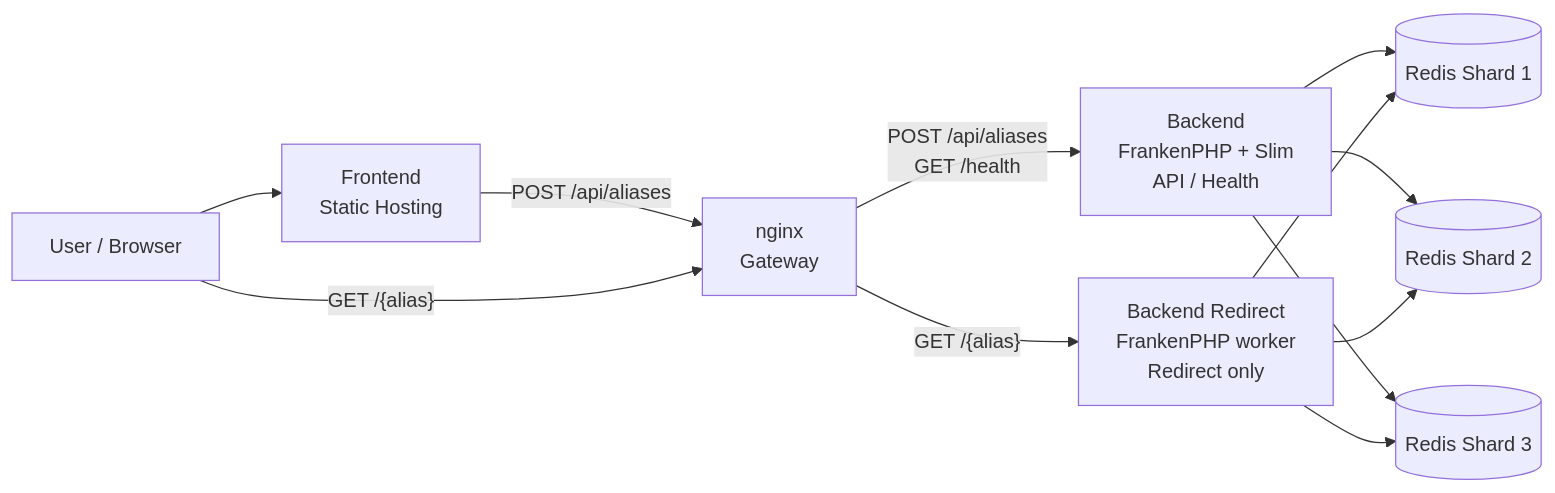
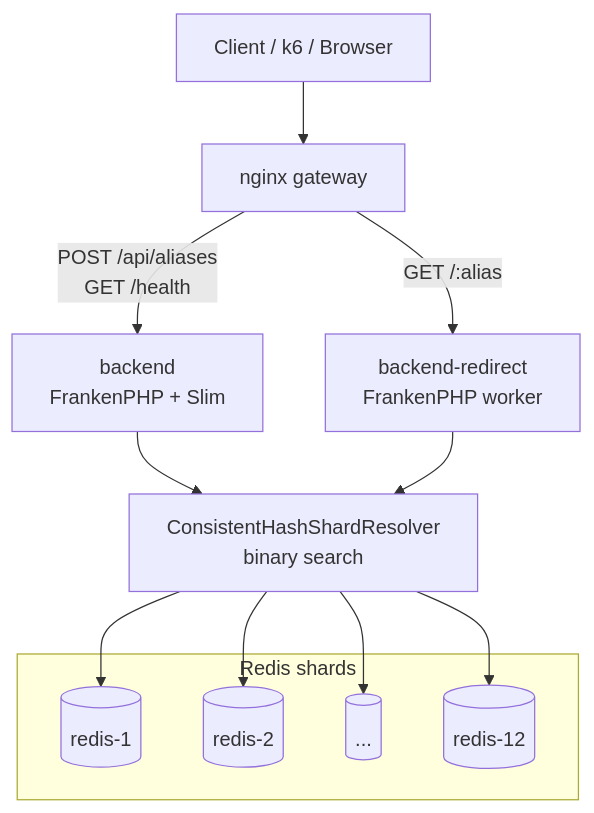
Before and after one commit to sumiredc/alias-url: the first of 7 diagrams in variants/distributed/ARCHITECTURE.md, drawn with Mermaid. The commit also changed other lines of this file and 12 other files, not shown here.

````diff
--- a/variants/distributed/ARCHITECTURE.md
+++ b/variants/distributed/ARCHITECTURE.md
@@ -19,27 +7,25 @@
 ```mermaid
-flowchart LR
-    user[User / Browser]
-    frontend[Frontend<br/>Static Hosting]
-    lb[nginx<br/>Gateway]
+flowchart TB
+    client[Client / k6 / Browser]
+    gateway[nginx gateway]
+    api[backend<br/>FrankenPHP + Slim]
+    redirect[backend-redirect<br/>FrankenPHP worker]
+    resolver[ConsistentHashShardResolver<br/>binary search]
 
-    backend[Backend<br/>FrankenPHP + Slim<br/>API / Health]
-    redirectBackend[Backend Redirect<br/>FrankenPHP worker<br/>Redirect only]
+    subgraph redis[Redis shards]
+        r1[(redis-1)]
+        r2[(redis-2)]
+        r3[(...)]
+        r12[(redis-12)]
+    end
 
-    redis1[(Redis Shard 1)]
-    redis2[(Redis Shard 2)]
-    redis3[(Redis Shard 3)]
-
-    user --> frontend
-    frontend -->|"POST /api/aliases"| lb
-    user -->|"GET /{alias}"| lb
-
-    lb -->|"POST /api/aliases<br/>GET /health"| backend
-    lb -->|"GET /{alias}"| redirectBackend
-
-    backend --> redis1
-    backend --> redis2
-    backend --> redis3
-    redirectBackend --> redis1
-    redirectBackend --> redis2
-    redirectBackend --> redis3
+    client --> gateway
+    gateway -- "POST /api/aliases<br/>GET /health" --> api
+    gateway -- "GET /:alias" --> redirect
+    api --> resolver
+    redirect --> resolver
+    resolver --> r1
+    resolver --> r2
+    resolver --> r3
+    resolver --> r12
 ```
````
